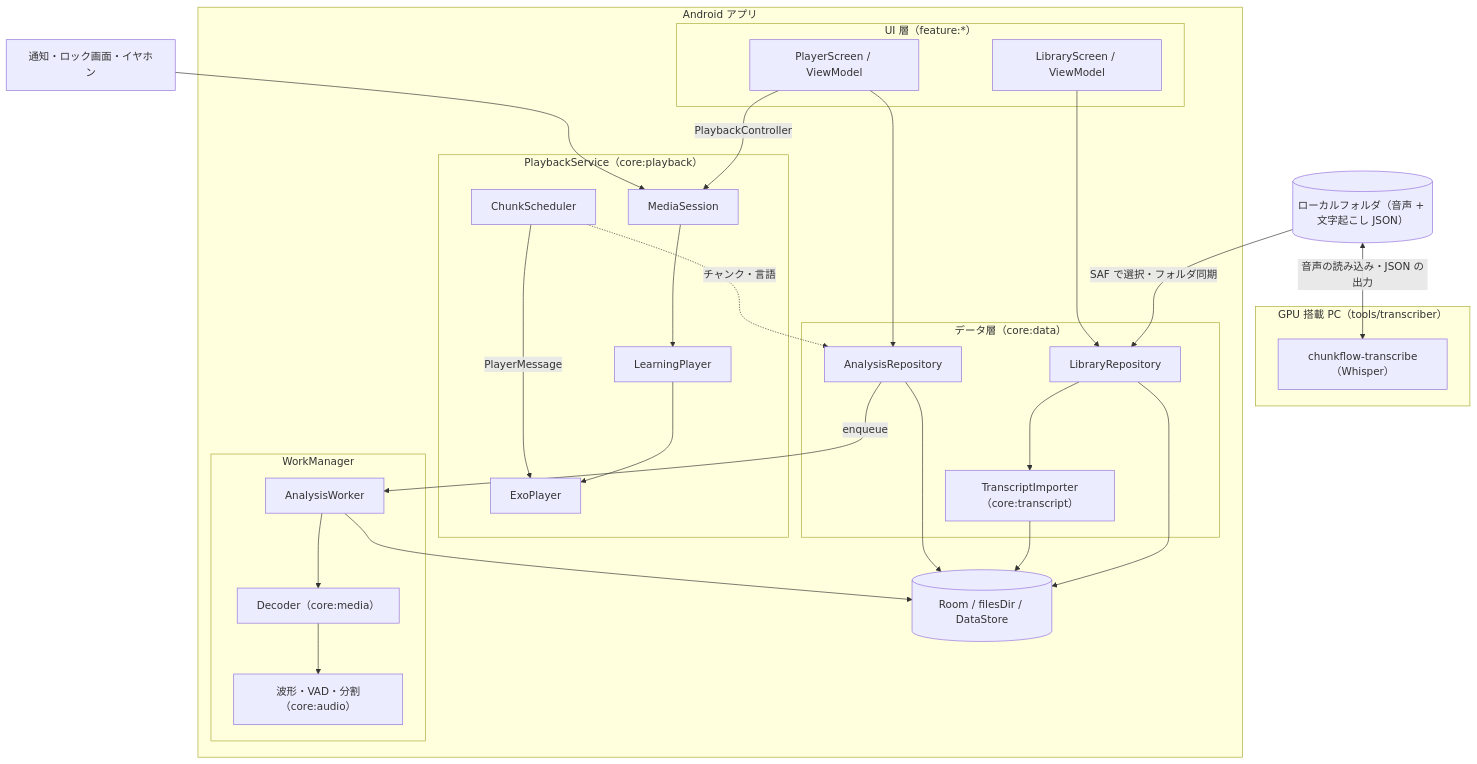
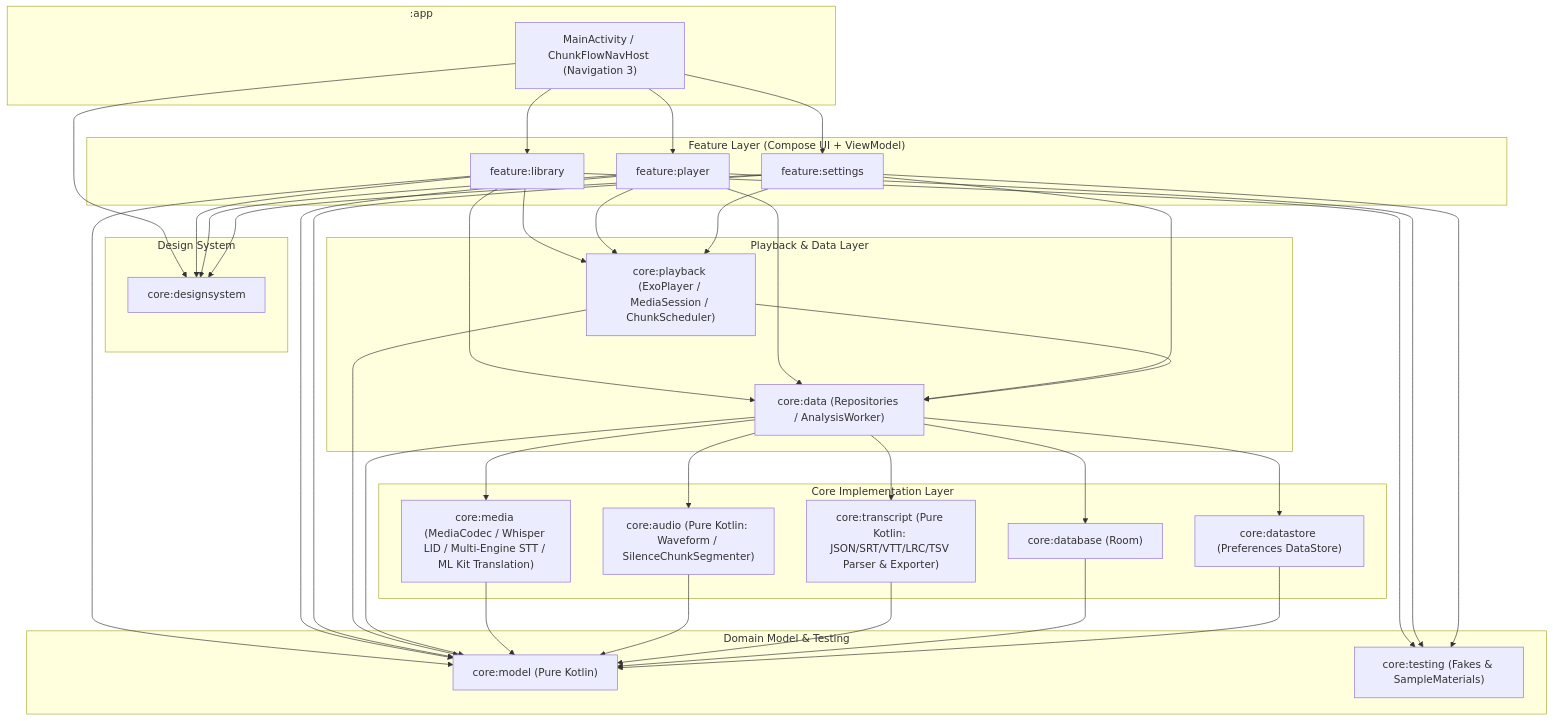
One commit to miuraken/chunk-flow changed the diagram in design_doc.md. Above: the diagram before and after it, drawn with Mermaid. The commit also changed other lines of this file and 2 other files, not shown here.

Commit message:
Docs: design_doc.md と README.md を全面刷新し再生画面・ライブラリ画面等の完全な実装仕様を記述

````diff
--- a/design_doc.md
+++ b/design_doc.md
@@ -210,48 +148,40 @@
 ```mermaid
 flowchart TB
-    subgraph PCSIDE["GPU 搭載 PC（tools/transcriber）"]
-        TOOL["chunkflow-transcribe（Whisper）"]
+    subgraph App[":app"]
+        MainActivity["MainActivity / ChunkFlowNavHost (Navigation 3)"]
     end
-    FS[("ローカルフォルダ（音声 + 文字起こし JSON）")]
-    subgraph APP["Android アプリ"]
-        subgraph UIL["UI 層（feature:*）"]
-            LS["LibraryScreen / ViewModel"]
-            PS["PlayerScreen / ViewModel"]
-        end
-        subgraph DATA["データ層（core:data）"]
-            LR["LibraryRepository"]
-            AR["AnalysisRepository"]
-            TI["TranscriptImporter（core:transcript）"]
-        end
-        subgraph SVC["PlaybackService（core:playback）"]
-            MS["MediaSession"]
-            LP["LearningPlayer"]
-            EXO["ExoPlayer"]
-            CS["ChunkScheduler"]
-        end
-        subgraph WM["WorkManager"]
-            AW["AnalysisWorker"]
-            DEC["Decoder（core:media）"]
-            DSP["波形・VAD・分割（core:audio）"]
-        end
-        DB[("Room / filesDir / DataStore")]
+
+    subgraph Feature["Feature Layer (Compose UI + ViewModel)"]
+        FLib["feature:library"]
+        FPlayer["feature:player"]
+        FSettings["feature:settings"]
     end
-    SYS["通知・ロック画面・イヤホン"]
 
-    FS <-->|"音声の読み込み・JSON の出力"| TOOL
-    FS -->|"SAF で選択・フォルダ同期"| LR
-    LS --> LR
-    PS --> AR
-    PS -->|"PlaybackController"| MS
-    SYS --> MS
-    MS --> LP --> EXO
-    CS -->|"PlayerMessage"| EXO
-    CS -.->|"チャンク・言語"| AR
-    LR --> TI
-    LR --> DB
-    TI --> DB
-    AR --> DB
-    AR -->|"enqueue"| AW
-    AW --> DEC --> DSP
-    AW --> DB
+    subgraph CoreUI["Design System"]
+        Design["core:designsystem"]
+    end
+
+    subgraph DomainPlayback["Playback & Data Layer"]
+        Playback["core:playback (ExoPlayer / MediaSession / ChunkScheduler)"]
+        Data["core:data (Repositories / AnalysisWorker)"]
+    end
+
+    subgraph CoreImpl["Core Implementation Layer"]
+        Media["core:media (MediaCodec / Whisper LID / Multi-Engine STT / ML Kit Translation)"]
+        Audio["core:audio (Pure Kotlin: Waveform / SilenceChunkSegmenter)"]
+        Transcript["core:transcript (Pure Kotlin: JSON/SRT/VTT/LRC/TSV Parser & Exporter)"]
+        DB["core:database (Room)"]
+        DS["core:datastore (Preferences DataStore)"]
+    end
+
+    subgraph Model["Domain Model & Testing"]
+        CoreModel["core:model (Pure Kotlin)"]
+        Testing["core:testing (Fakes & SampleMaterials)"]
+    end
+
+    MainActivity --> FLib & FPlayer & FSettings & Design
+    FLib & FPlayer & FSettings --> Playback & Data & Design & CoreModel & Testing
+    Playback --> Data & CoreModel
+    Data --> Media & Audio & Transcript & DB & DS & CoreModel
+    Media & Audio & Transcript & DB & DS --> CoreModel
 ```
````
